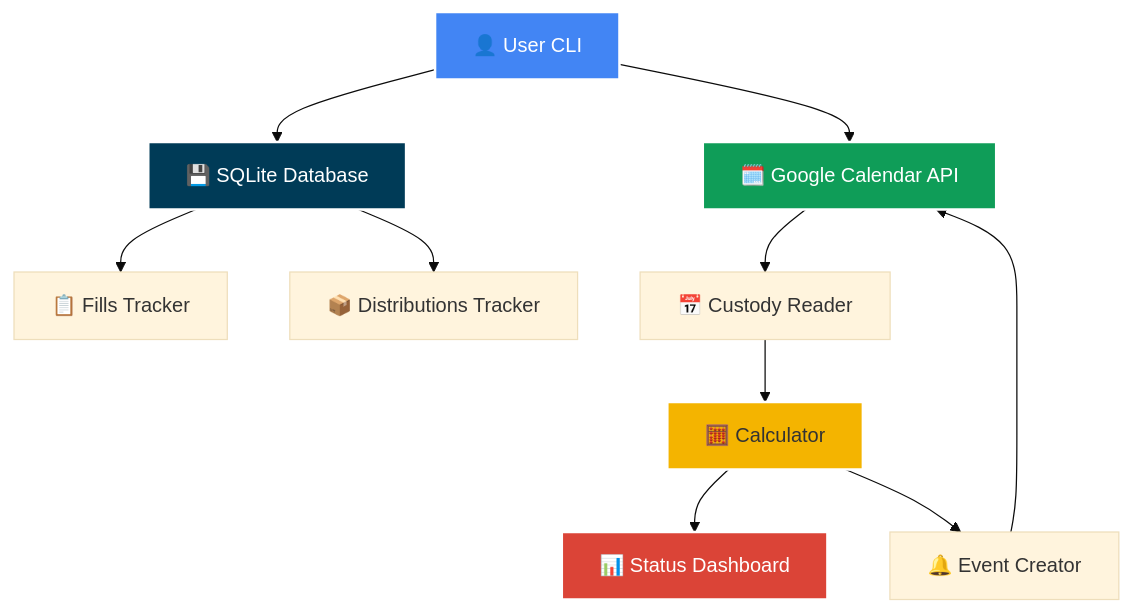
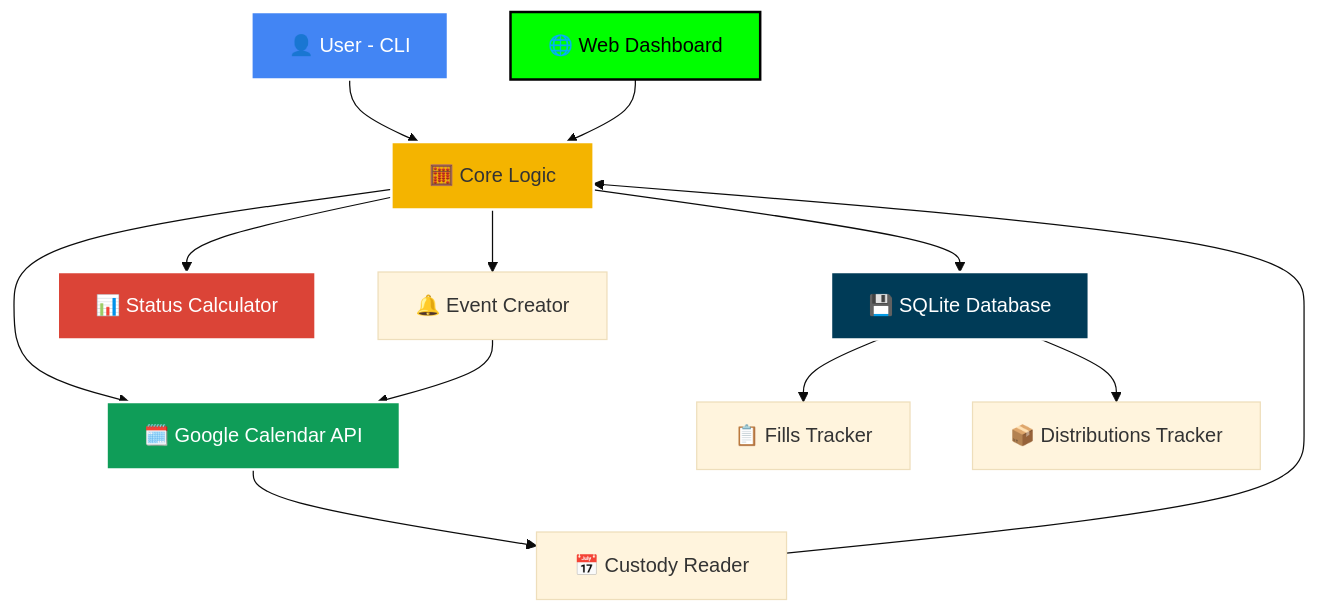
Before and after one commit to bspeagle/Pill-Manager: the diagram in README.md, drawn with Mermaid (base theme). The commit also changed other lines of this file, not shown here.

First line of the commit message:
docs: Update README with PILL TERMINAL 9000 web dashboard

````diff
--- a/README.md
+++ b/README.md
@@ -42,22 +53,26 @@
 ```mermaid
 graph TD
-    A[👤 User CLI] --> B[💾 SQLite Database]
-    A --> C[🗓️ Google Calendar API]
+    A[👤 User - CLI] --> G[🧮 Core Logic]
+    W[🌐 Web Dashboard] --> G
+    
+    G --> B[💾 SQLite Database]
+    G --> C[🗓️ Google Calendar API]
     
     B --> D[📋 Fills Tracker]
     B --> E[📦 Distributions Tracker]
     
     C --> F[📅 Custody Reader]
-    F --> G[🧮 Calculator]
+    F --> G
     
-    G --> H[📊 Status Dashboard]
+    G --> H[📊 Status Calculator]
     G --> I[🔔 Event Creator]
     
     I --> C
     
     style A fill:#4285F4,stroke:#fff,stroke-width:2px,color:#fff
+    style W fill:#00ff00,stroke:#000,stroke-width:2px,color:#000
     style B fill:#003B57,stroke:#fff,stroke-width:2px,color:#fff
     style C fill:#0F9D58,stroke:#fff,stroke-width:2px,color:#fff
     style G fill:#F4B400,stroke:#fff,stroke-width:2px
     style H fill:#DB4437,stroke:#fff,stroke-width:2px,color:#fff
 ```
````
